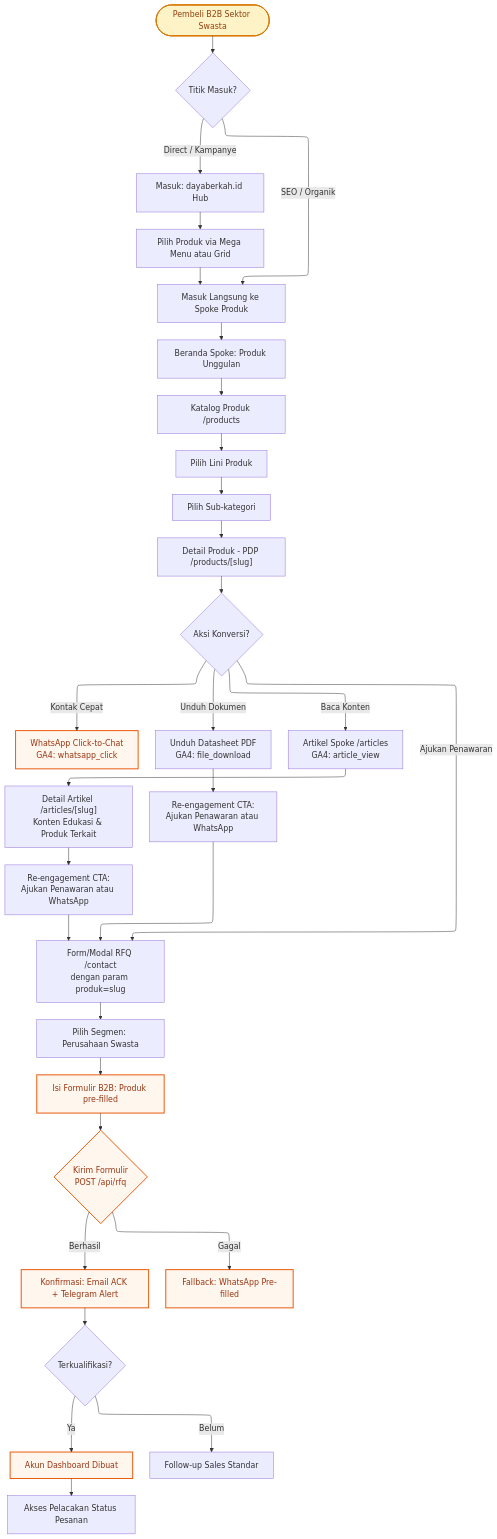
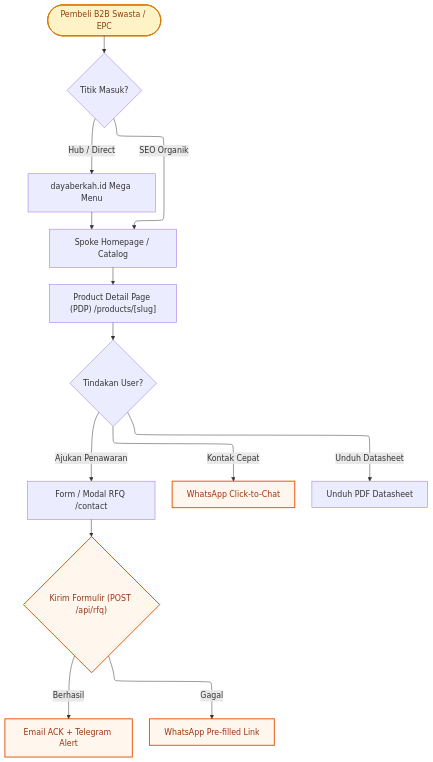
The second of 2 diagrams in docs/system/architecture/information-architecture/user-flows.md (pxrzival404/arostech-hub), drawn with Mermaid before and after one commit. The commit also changed other lines of this file and 72 other files, not shown here.

Commit message:
docs(refactor): complete Phase 0 HLA architecture cascade and 7-Pillars standardisation

````diff
--- a/docs/system/architecture/information-architecture/user-flows.md
+++ b/docs/system/architecture/information-architecture/user-flows.md
@@ -86,47 +77,29 @@
 ```mermaid
 ---
 config:
   layout: elk
 ---
 flowchart TD
     classDef entry fill:#fef3c7,stroke:#d97706,stroke-width:2px,color:#92400e
     classDef conversion fill:#fff7ed,stroke:#ea580c,stroke-width:2px,color:#9a3412
 
-    START(["Pembeli B2B Sektor Swasta"])
-    START --> ENTRY{"Titik Masuk?"}
-    ENTRY -->|"SEO / Organik"| SPOKE["Masuk Langsung ke Spoke Produk"]
-    ENTRY -->|"Direct / Kampanye"| HUB["Masuk: dayaberkah.id Hub"]
-    HUB --> HUBCTA["Pilih Produk via Mega Menu atau Grid"]
-    HUBCTA --> SPOKE
-    SPOKE --> SPHOME["Beranda Spoke: Produk Unggulan"]
-    SPHOME --> CATALOG["Katalog Produk /products"]
-    CATALOG --> LINE["Pilih Lini Produk"]
-    LINE --> SUBCAT["Pilih Sub-kategori"]
-    SUBCAT --> PDP["Detail Produk - PDP /products/[slug]"]
-    PDP --> ACTION{"Aksi Konversi?"}
-    ACTION -->|"Ajukan Penawaran"| RFQPAGE["Form/Modal RFQ /contact\ndengan param produk=slug"]
-    ACTION -->|"Kontak Cepat"| WHATSAPP["WhatsApp Click-to-Chat\nGA4: whatsapp_click"]
-    ACTION -->|"Unduh Dokumen"| DOWNLOAD["Unduh Datasheet PDF\nGA4: file_download"]
-    ACTION -->|"Baca Konten"| ARTIKEL["Artikel Spoke /articles\nGA4: article_view"]
-    ARTIKEL --> ARTDET["Detail Artikel /articles/[slug]\nKonten Edukasi & Produk Terkait"]
-    ARTDET --> REENGAGE2["Re-engagement CTA:\nAjukan Penawaran atau WhatsApp"]
-    REENGAGE2 --> RFQPAGE
-    DOWNLOAD --> REENGAGE["Re-engagement CTA:\nAjukan Penawaran atau WhatsApp"]
-    REENGAGE --> RFQPAGE
-    RFQPAGE --> SEGMENT["Pilih Segmen: Perusahaan Swasta"]
-    SEGMENT --> B2BFORM["Isi Formulir B2B: Produk pre-filled"]
-    B2BFORM --> SUBMIT{"Kirim Formulir\nPOST /api/rfq"}
-    SUBMIT -->|"Berhasil"| CONFIRM["Konfirmasi: Email ACK + Telegram Alert"]
-    SUBMIT -->|"Gagal"| FALLBACK["Fallback: WhatsApp Pre-filled"]
-    CONFIRM --> QUALIFY{"Terkualifikasi?"}
-    QUALIFY -->|"Ya"| PROVISION["Akun Dashboard Dibuat"]
-    QUALIFY -->|"Belum"| FOLLOWUP["Follow-up Sales Standar"]
-    PROVISION --> TRACKING["Akses Pelacakan Status Pesanan"]
+    START(["Pembeli B2B Swasta / EPC"]) --> ENTRY{"Titik Masuk?"}
+    ENTRY -->|"SEO Organik"| SPOKE["Spoke Homepage / Catalog"]
+    ENTRY -->|"Hub / Direct"| HUB["dayaberkah.id Mega Menu"] --> SPOKE
+
+    SPOKE --> PDP["Product Detail Page (PDP) /products/[slug]"]
+    PDP --> ACTION{"Tindakan User?"}
+    ACTION -->|"Ajukan Penawaran"| RFQPAGE["Form / Modal RFQ /contact"]
+    ACTION -->|"Kontak Cepat"| WA["WhatsApp Click-to-Chat"]
+    ACTION -->|"Unduh Datasheet"| DL["Unduh PDF Datasheet"]
+
+    RFQPAGE --> SUBMIT{"Kirim Formulir (POST /api/rfq)"}
+    SUBMIT -->|"Berhasil"| CONFIRM["Email ACK + Telegram Alert"]
+    SUBMIT -->|"Gagal"| FALLBACK["WhatsApp Pre-filled Link"]
+
     class START entry
-    class WHATSAPP conversion
-    class B2BFORM conversion
+    class WA conversion
     class SUBMIT conversion
     class CONFIRM conversion
     class FALLBACK conversion
-    class PROVISION conversion
 ```
````
